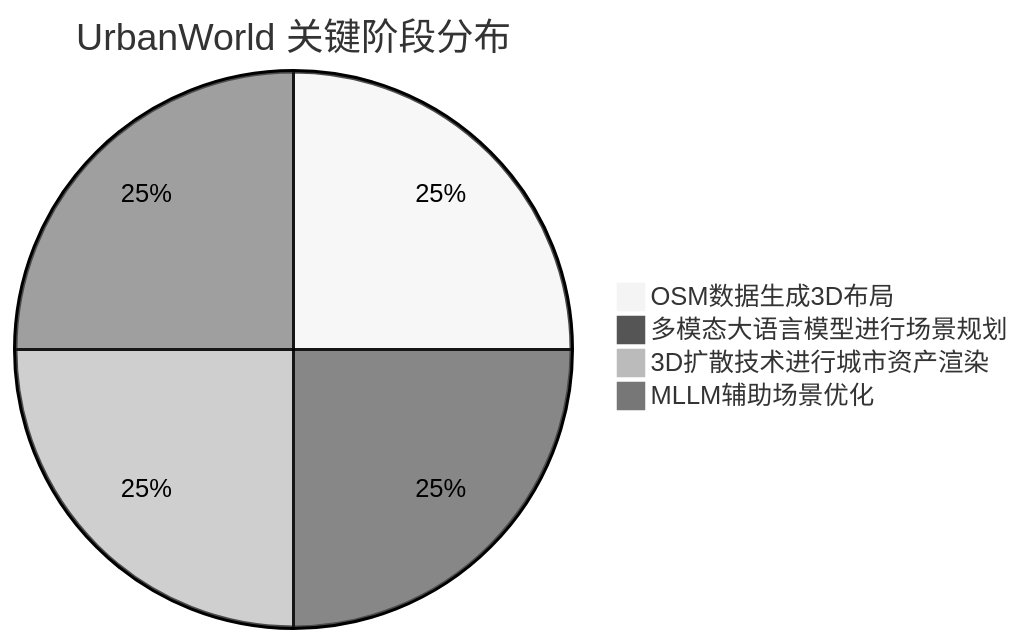
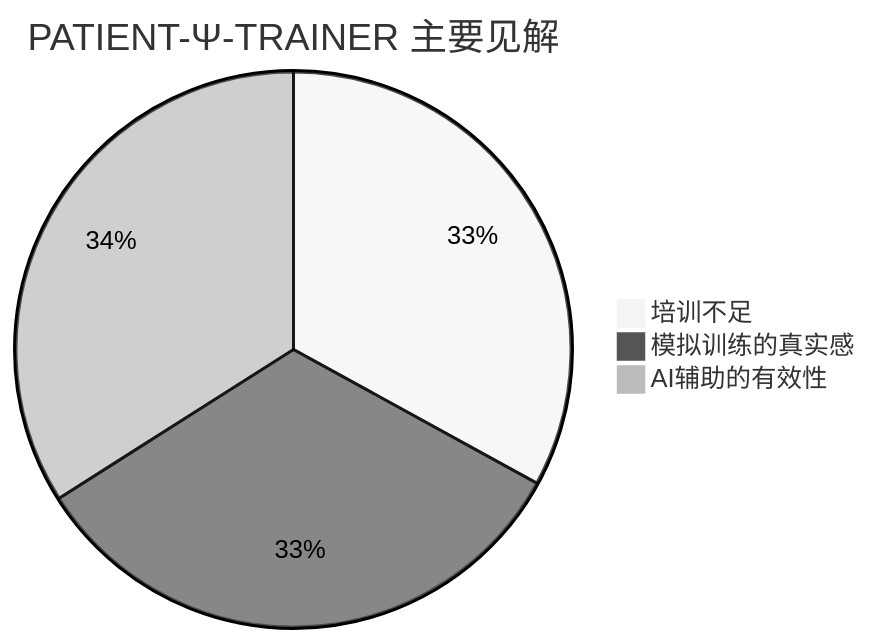
One commit to Fabreque/charles changed the fourth of 4 diagrams in 虚拟交互或人与AI_chatbot的交互.md. Above: the diagram before and after it, drawn with Mermaid (neutral theme). The commit also changed other lines of this file and 2 other files, not shown here.

````diff
--- a/虚拟交互或人与AI_chatbot的交互.md
+++ b/虚拟交互或人与AI_chatbot的交互.md
@@ -177,7 +217,6 @@
 ```mermaid
-pie title UrbanWorld 关键阶段分布
-    "OSM数据生成3D布局" : 25
-    "多模态大语言模型进行场景规划" : 25
-    "3D扩散技术进行城市资产渲染" : 25
-    "MLLM辅助场景优化" : 25
+pie title PATIENT-Ψ-TRAINER 主要见解
+    "培训不足" : 33
+    "模拟训练的真实感" : 33
+    "AI辅助的有效性" : 34
 ```
````
